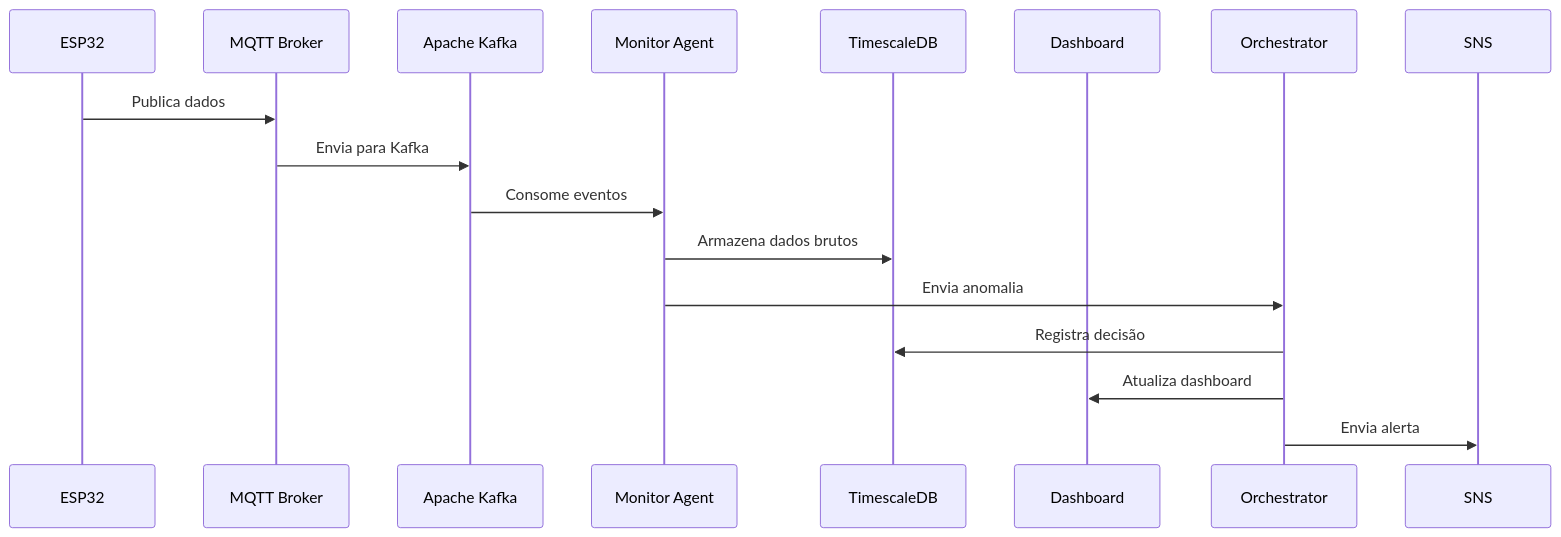
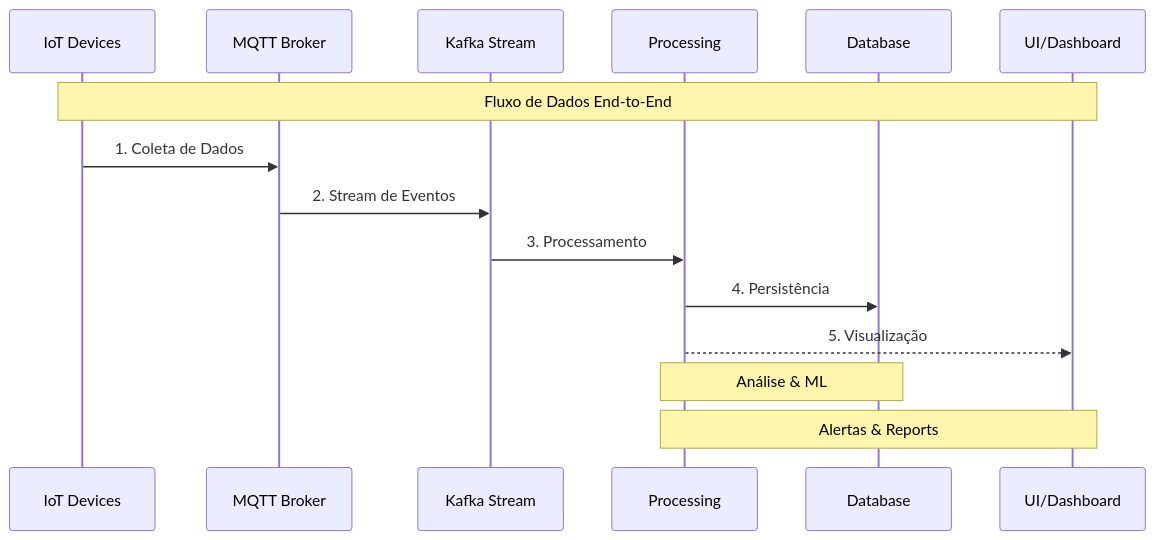
One commit to YanCotta/enterprise_challenge_sprint_1_hermes_reply changed the seventh of 7 diagrams in system_documentation_and_architecture.md. Above: the diagram before and after it, drawn with Mermaid. The commit also changed other lines of this file and 2 other files, not shown here.

````diff
--- a/system_documentation_and_architecture.md
+++ b/system_documentation_and_architecture.md
@@ -181,17 +520,20 @@
 ```mermaid
 sequenceDiagram
-    participant S as ESP32
+    participant S as IoT Devices
     participant M as MQTT Broker
-    participant K as Apache Kafka
-    participant Mon as Monitor Agent
-    participant DB as TimescaleDB
-    participant UI as Dashboard
-    S->>M: Publica dados
-    M->>K: Envia para Kafka
-    K->>Mon: Consome eventos
-    Mon->>DB: Armazena dados brutos
-    Mon->>Orchestrator: Envia anomalia
-    Orchestrator->>DB: Registra decisão
-    Orchestrator->>UI: Atualiza dashboard
-    Orchestrator->>SNS: Envia alerta
+    participant K as Kafka Stream
+    participant P as Processing
+    participant D as Database
+    participant U as UI/Dashboard
+    
+    Note over S,U: Fluxo de Dados End-to-End
+    
+    S->>M: 1. Coleta de Dados
+    M->>K: 2. Stream de Eventos
+    K->>P: 3. Processamento
+    P->>D: 4. Persistência
+    P-->>U: 5. Visualização
+    
+    Note over P,D: Análise & ML
+    Note over P,U: Alertas & Reports
 ```
````
